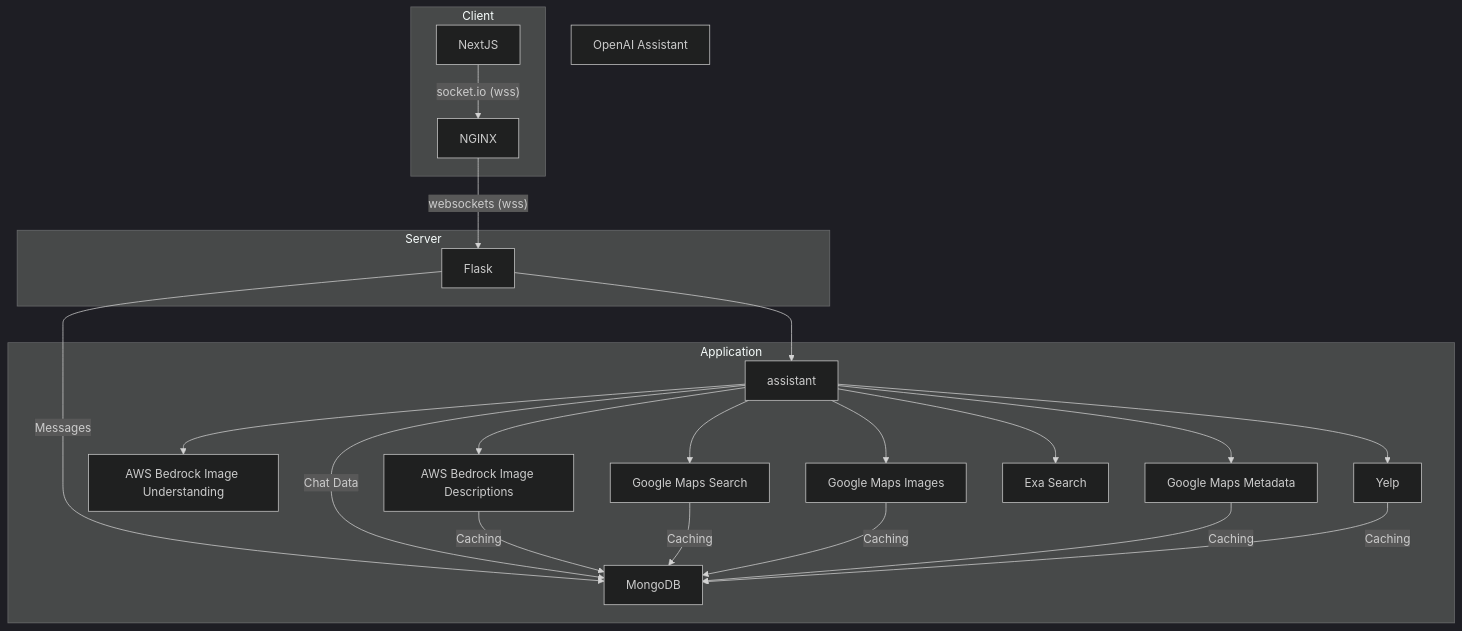
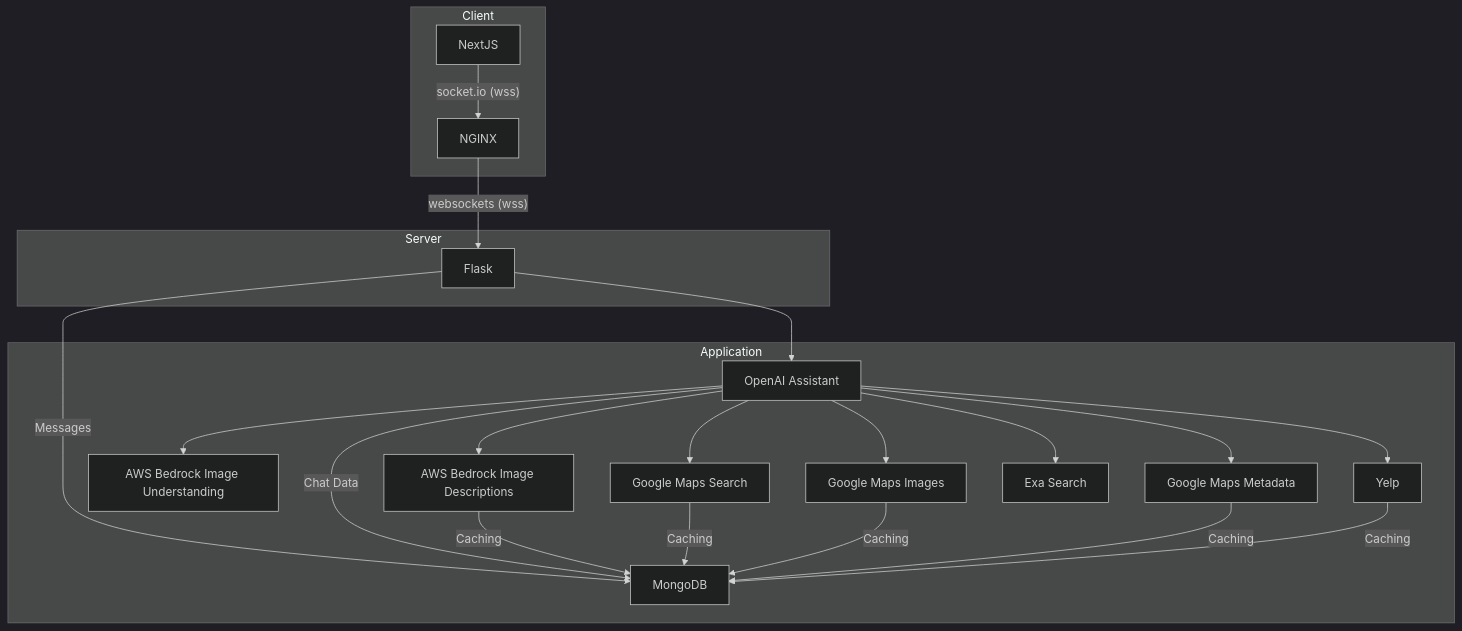
Before and after one commit to sachiniyer/meal-finder: the first of 2 diagrams in INFO.md, drawn with Mermaid (dark theme). The commit also changed other lines of this file, not shown here.

````diff
--- a/INFO.md
+++ b/INFO.md
@@ -25,42 +25,42 @@
 ```mermaid
 flowchart TD
     nextjs[NextJS]
     nginx[NGINX]
     flask[Flask]
     mongodb[MongoDB]
-    openai[OpenAI Assistant]
+    assistant[OpenAI Assistant]
     aws[AWS Bedrock Image Descriptions]
     aws2[AWS Bedrock Image Understanding]
     maps[Google Maps Search]
     mapsimg[Google Maps Images]
     mapsmeta[Google Maps Metadata]
     yelp[Yelp]
     exa[Exa Search]
 
     subgraph "Client"
         nextjs -- socket.io (wss) --> nginx
     end
 
     subgraph "Server"
         nginx -- websockets (wss) --> flask
     end
     
     subgraph "Application"
         flask --> assistant
         flask -- Messages --> mongodb
         assistant -- Chat Data --> mongodb
         assistant --> aws
         assistant --> aws2
         assistant --> maps
         assistant --> mapsimg
         assistant --> mapsmeta
         assistant --> yelp
         assistant --> exa
         
         aws -- Caching --> mongodb
         maps -- Caching --> mongodb
         mapsimg -- Caching --> mongodb
         mapsmeta -- Caching --> mongodb
         yelp -- Caching --> mongodb
     end
 ```
````
